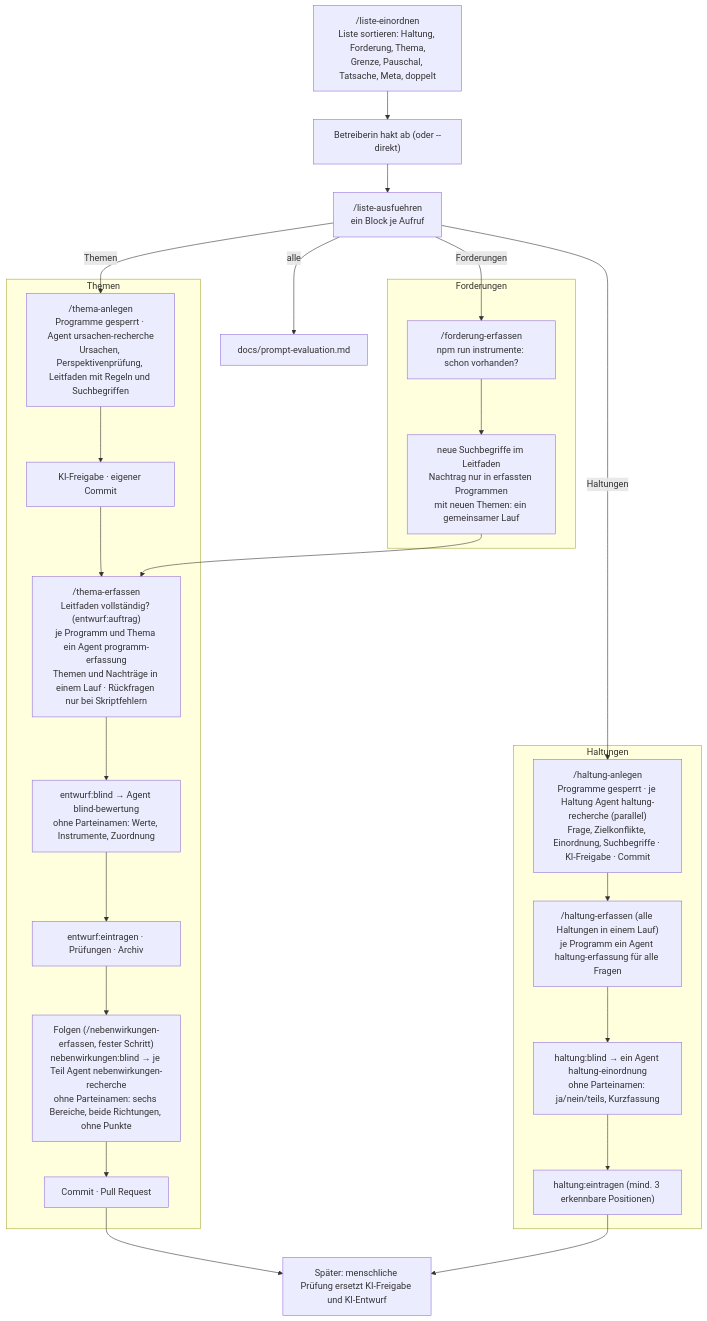
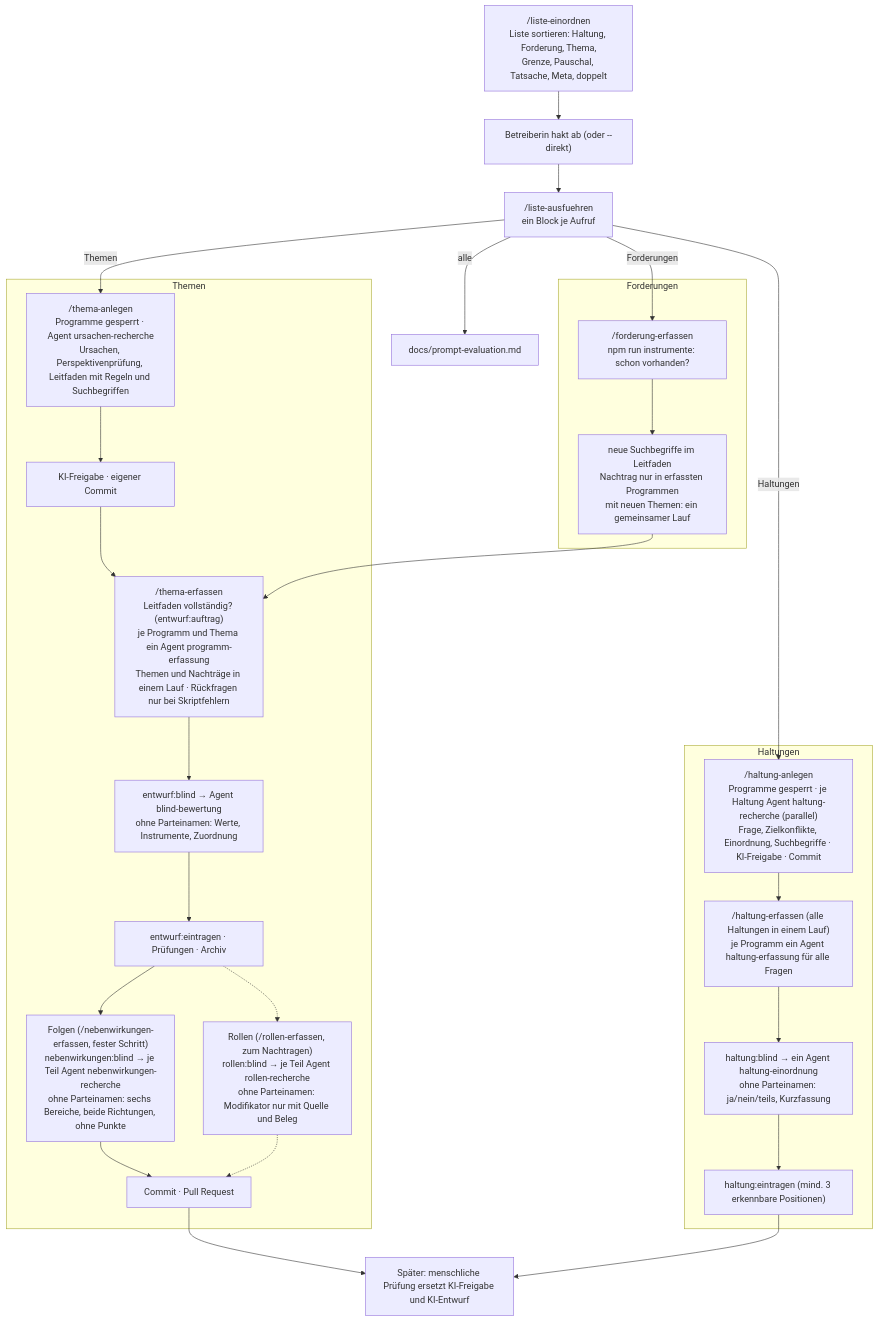
Before and after one commit to politik-duell/politik-duell: the diagram in .claude/skills/README.md, drawn with Mermaid. The commit also changed other lines of this file and 19 other files, not shown here.

First line of the commit message:
Skill /rollen-erfassen: Rollen-Modifikatoren blind und belegt nachtragen (#148)

````diff
--- a/.claude/skills/README.md
+++ b/.claude/skills/README.md
@@ -5,35 +5,37 @@
 ```mermaid
 flowchart TD
     L["/liste-einordnen<br/>Liste sortieren: Haltung, Forderung, Thema,<br/>Grenze, Pauschal, Tatsache, Meta, doppelt"]
     LA["Betreiberin hakt ab (oder --direkt)"]
     LB["/liste-ausfuehren<br/>ein Block je Aufruf"]
     L --> LA --> LB
     LB -->|Haltungen| H1
     LB -->|Themen| T1
     LB -->|Forderungen| F1
     LB -->|alle| EV["docs/prompt-evaluation.md"]
     subgraph T["Themen"]
         T1["/thema-anlegen<br/>Programme gesperrt · Agent ursachen-recherche<br/>Ursachen, Perspektivenprüfung, Leitfaden mit Regeln und Suchbegriffen"]
         T2["KI-Freigabe · eigener Commit"]
         T3["/thema-erfassen<br/>Leitfaden vollständig? (entwurf:auftrag)<br/>je Programm und Thema ein Agent programm-erfassung<br/>Themen und Nachträge in einem Lauf · Rückfragen nur bei Skriptfehlern"]
         T4["entwurf:blind → Agent blind-bewertung<br/>ohne Parteinamen: Werte, Instrumente, Zuordnung"]
         T45["entwurf:eintragen · Prüfungen · Archiv"]
         T46["Folgen (/nebenwirkungen-erfassen, fester Schritt)<br/>nebenwirkungen:blind → je Teil Agent nebenwirkungen-recherche<br/>ohne Parteinamen: sechs Bereiche, beide Richtungen, ohne Punkte"]
+        T47["Rollen (/rollen-erfassen, zum Nachtragen)<br/>rollen:blind → je Teil Agent rollen-recherche<br/>ohne Parteinamen: Modifikator nur mit Quelle und Beleg"]
         T5["Commit · Pull Request"]
         T1 --> T2 --> T3 --> T4 --> T45 --> T46 --> T5
+        T45 -.-> T47 -.-> T5
     end
     subgraph F["Forderungen"]
         F1["/forderung-erfassen<br/>npm run instrumente: schon vorhanden?"]
         F2["neue Suchbegriffe im Leitfaden<br/>Nachtrag nur in erfassten Programmen<br/>mit neuen Themen: ein gemeinsamer Lauf"]
         F1 --> F2 --> T3
     end
     subgraph H["Haltungen"]
         H1["/haltung-anlegen<br/>Programme gesperrt · je Haltung Agent haltung-recherche (parallel)<br/>Frage, Zielkonflikte, Einordnung, Suchbegriffe · KI-Freigabe · Commit"]
         H2["/haltung-erfassen (alle Haltungen in einem Lauf)<br/>je Programm ein Agent haltung-erfassung für alle Fragen"]
         H3["haltung:blind → ein Agent haltung-einordnung<br/>ohne Parteinamen: ja/nein/teils, Kurzfassung"]
         H4["haltung:eintragen (mind. 3 erkennbare Positionen)"]
         H1 --> H2 --> H3 --> H4
     end
     T5 --> P["Später: menschliche Prüfung ersetzt KI-Freigabe und KI-Entwurf"]
     H4 --> P
 ```
````
